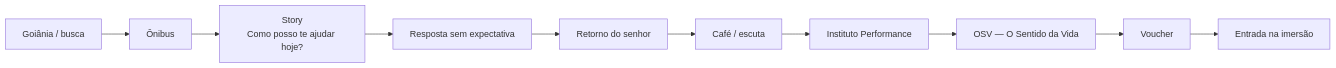
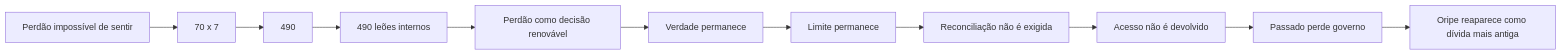
One commit to Sollimastudio/trilogia-sol-lima changed the second of 6 diagrams in 01_MORTE_EM_VIDA/MAPA_VISUAL_PARTE_IV_ATUAL.md. Above: the diagram before and after it, drawn with Mermaid. The commit also changed other lines of this file, not shown here.

````diff
--- a/01_MORTE_EM_VIDA/MAPA_VISUAL_PARTE_IV_ATUAL.md
+++ b/01_MORTE_EM_VIDA/MAPA_VISUAL_PARTE_IV_ATUAL.md
@@ -16,12 +18,13 @@
 ```mermaid
 flowchart LR
-A[Goiânia / busca] --> B[Ônibus]
-B --> C[Story\nComo posso te ajudar hoje?]
-C --> D[Resposta sem expectativa]
-D --> E[Retorno do senhor]
-E --> F[Café / escuta]
-F --> G[Instituto Performance]
-G --> H[OSV — O Sentido da Vida]
-H --> I[Voucher]
-I --> J[Entrada na imersão]
+A[Perdão impossível de sentir] --> B[70 x 7]
+B --> C[490]
+C --> D[490 leões internos]
+D --> E[Perdão como decisão renovável]
+E --> F[Verdade permanece]
+F --> G[Limite permanece]
+G --> H[Reconciliação não é exigida]
+H --> I[Acesso não é devolvido]
+I --> J[Passado perde governo]
+J --> K[Oripe reaparece como dívida mais antiga]
 ```
````
